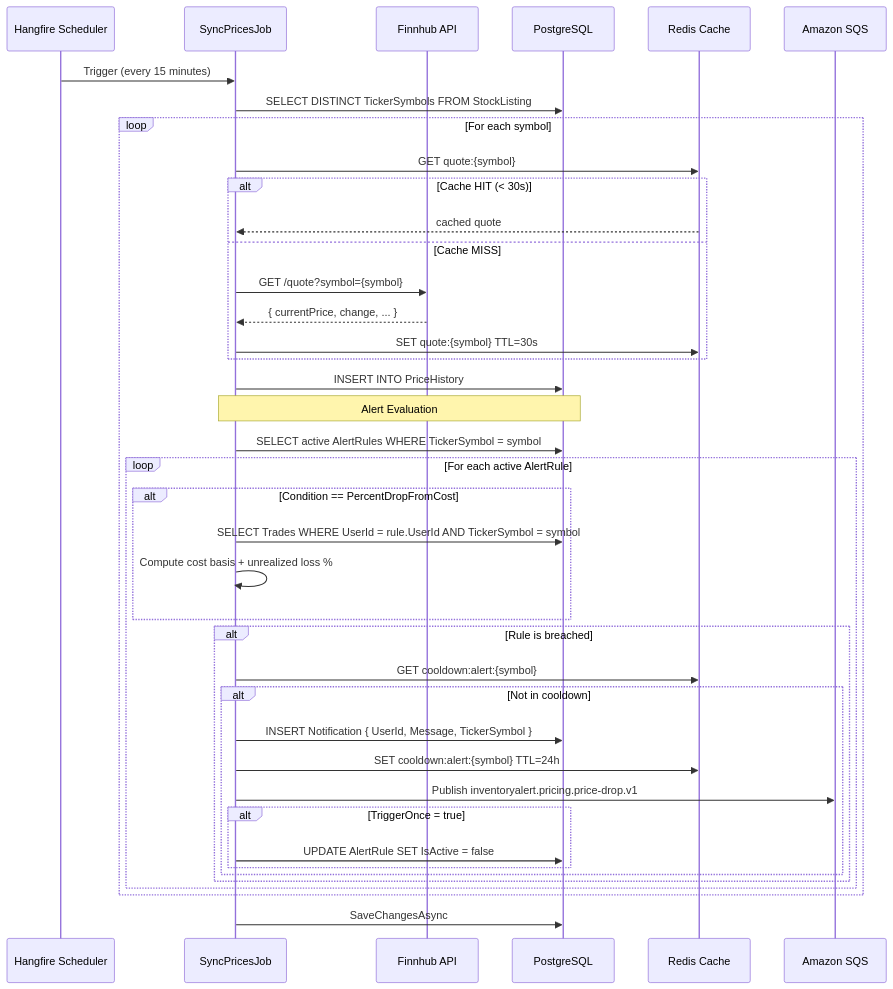
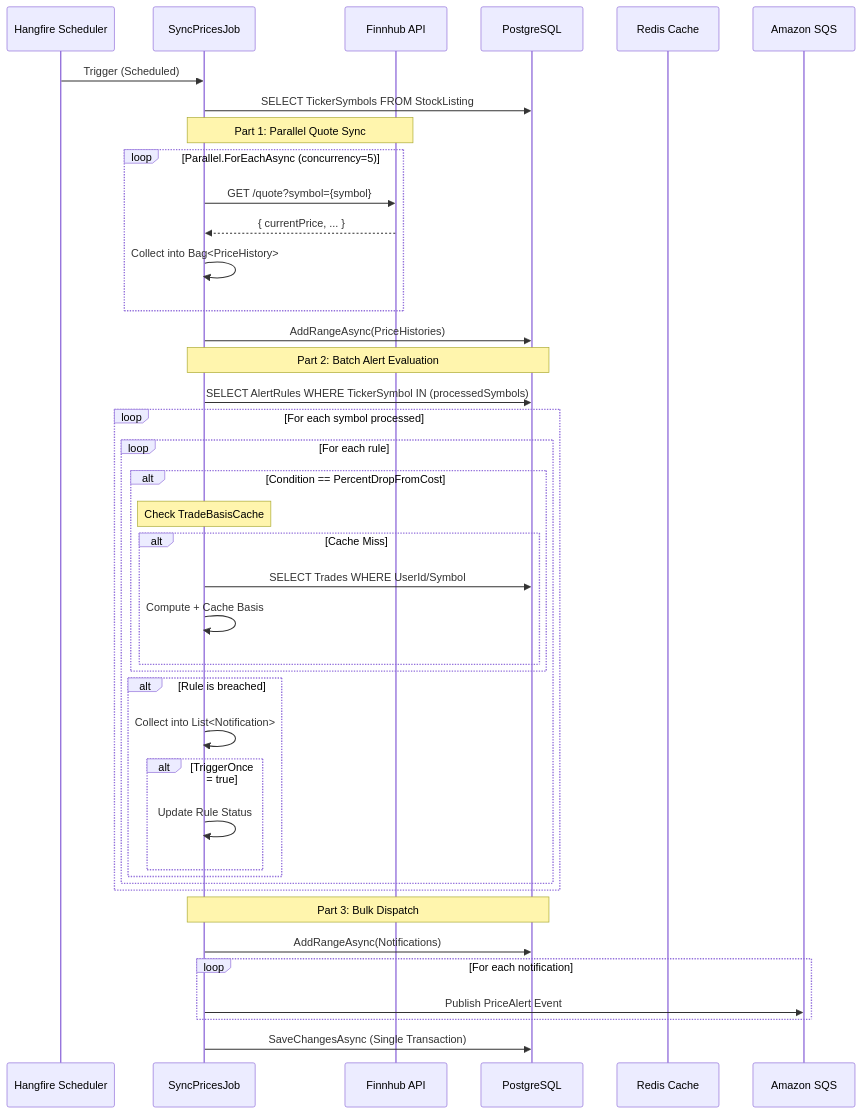
One commit to nhonvo/InvestManagementSystem changed the diagram in InventoryAlert.Wiki/docs/04-execution-flows/price-sync-flow.md. Above: the diagram before and after it, drawn with Mermaid. The commit also changed other lines of this file and 8 other files, not shown here.

First line of the commit message:
Feat/sync prices job refactor (#14)

````diff
--- a/InventoryAlert.Wiki/docs/04-execution-flows/price-sync-flow.md
+++ b/InventoryAlert.Wiki/docs/04-execution-flows/price-sync-flow.md
@@ -7,46 +7,47 @@
 ```mermaid
 sequenceDiagram
     participant HF as Hangfire Scheduler
     participant Job as SyncPricesJob
     participant Finnhub as Finnhub API
     participant DB as PostgreSQL
     participant Redis as Redis Cache
     participant SQS as Amazon SQS
 
-    HF->>Job: Trigger (every 15 minutes)
-    Job->>DB: SELECT DISTINCT TickerSymbols FROM StockListing
+    HF->>Job: Trigger (Scheduled)
+    Job->>DB: SELECT TickerSymbols FROM StockListing
 
-    loop For each symbol
-        Job->>Redis: GET quote:{symbol}
-        alt Cache HIT (< 30s)
-            Redis-->>Job: cached quote
-        else Cache MISS
-            Job->>Finnhub: GET /quote?symbol={symbol}
-            Finnhub-->>Job: { currentPrice, change, ... }
-            Job->>Redis: SET quote:{symbol} TTL=30s
-        end
+    Note over Job,Finnhub: Part 1: Parallel Quote Sync
+    loop Parallel.ForEachAsync (concurrency=5)
+        Job->>Finnhub: GET /quote?symbol={symbol}
+        Finnhub-->>Job: { currentPrice, ... }
+        Job->>Job: Collect into Bag<PriceHistory>
+    end
+    Job->>DB: AddRangeAsync(PriceHistories)
 
-        Job->>DB: INSERT INTO PriceHistory
-
-        Note over Job,DB: Alert Evaluation
-        Job->>DB: SELECT active AlertRules WHERE TickerSymbol = symbol
-        loop For each active AlertRule
+    Note over Job,DB: Part 2: Batch Alert Evaluation
+    Job->>DB: SELECT AlertRules WHERE TickerSymbol IN (processedSymbols)
+    loop For each symbol processed
+        loop For each rule
             alt Condition == PercentDropFromCost
-                Job->>DB: SELECT Trades WHERE UserId = rule.UserId AND TickerSymbol = symbol
-                Job->>Job: Compute cost basis + unrealized loss %
+                Note over Job: Check TradeBasisCache
+                alt Cache Miss
+                    Job->>DB: SELECT Trades WHERE UserId/Symbol
+                    Job->>Job: Compute + Cache Basis
+                end
             end
             alt Rule is breached
-                Job->>Redis: GET cooldown:alert:{symbol}
-                alt Not in cooldown
-                    Job->>DB: INSERT Notification { UserId, Message, TickerSymbol }
-                    Job->>Redis: SET cooldown:alert:{symbol} TTL=24h
-                    Job->>SQS: Publish inventoryalert.pricing.price-drop.v1
-                    alt TriggerOnce = true
-                        Job->>DB: UPDATE AlertRule SET IsActive = false
-                    end
+                Job->>Job: Collect into List<Notification>
+                alt TriggerOnce = true
+                    Job->>Job: Update Rule Status
                 end
             end
         end
     end
-    Job->>DB: SaveChangesAsync
+
+    Note over Job,DB: Part 3: Bulk Dispatch
+    Job->>DB: AddRangeAsync(Notifications)
+    loop For each notification
+        Job->>SQS: Publish PriceAlert Event
+    end
+    Job->>DB: SaveChangesAsync (Single Transaction)
 ```
````
